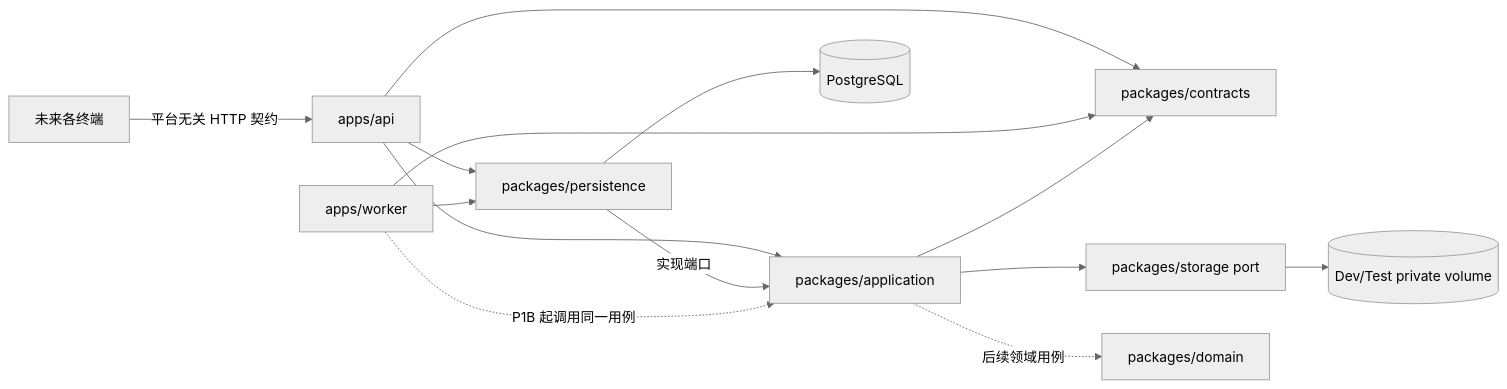
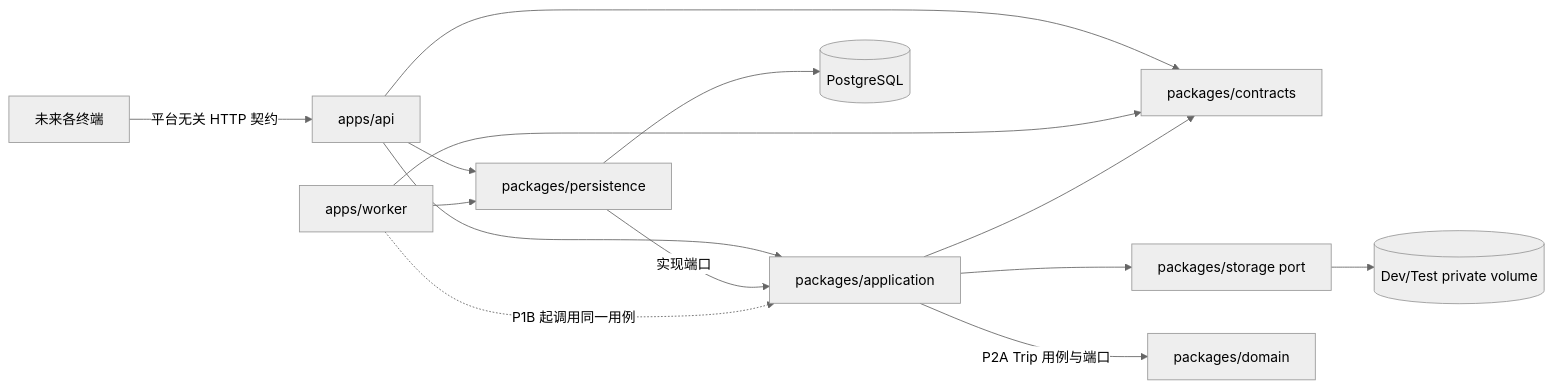
One commit to tonivikingdom/TRAVEL-V1 changed the diagram in docs/architecture/modules.md. Above: the diagram before and after it, drawn with Mermaid (neutral theme). The commit also changed other lines of this file and 24 other files, not shown here.

````diff
--- a/docs/architecture/modules.md
+++ b/docs/architecture/modules.md
@@ -5,17 +5,17 @@
 ```mermaid
 flowchart LR
   Clients[未来各终端] -->|平台无关 HTTP 契约| API[apps/api]
   API --> Contracts[packages/contracts]
   API --> Application[packages/application]
   API --> Persistence[packages/persistence]
   Worker[apps/worker] --> Contracts
   Worker --> Persistence
   Persistence --> PostgreSQL[(PostgreSQL)]
   Application --> Storage[packages/storage port]
   Storage --> PrivateVolume[(Dev/Test private volume)]
   Domain[packages/domain]
   Application --> Contracts
-  Application -. 后续领域用例 .-> Domain
+  Application -->|P2A Trip 用例与端口| Domain
   Persistence -->|实现端口| Application
   Worker -. P1B 起调用同一用例 .-> Application
 ```
````
